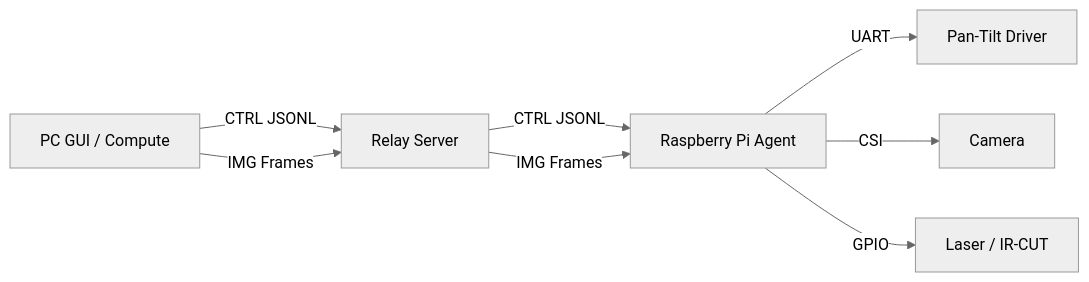
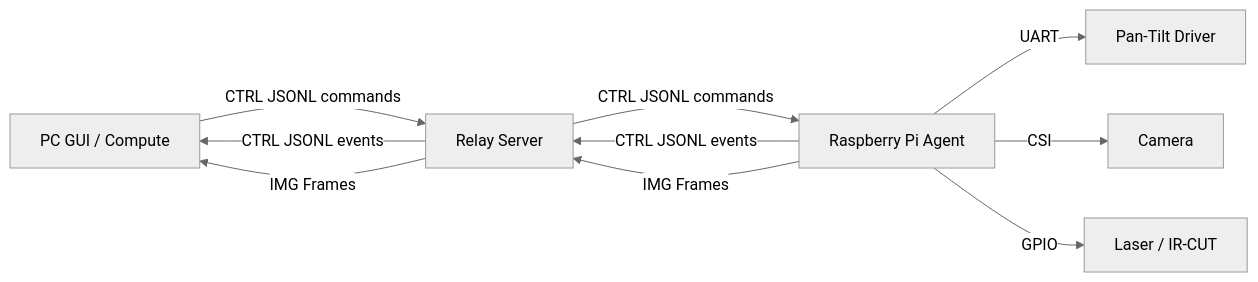
Before and after one commit to leontnhaps/DLC_system_model: the diagram in README.md, drawn with Mermaid (neutral theme). The commit also changed other lines of this file and 1 other file, not shown here.

````diff
--- a/README.md
+++ b/README.md
@@ -36,10 +36,12 @@
 ```mermaid
 graph LR
-    GUI[PC GUI / Compute] -->|CTRL JSONL| S[Relay Server]
-    GUI -->|IMG Frames| S
-    S -->|CTRL JSONL| PI[Raspberry Pi Agent]
-    S -->|IMG Frames| PI
+    GUI[PC GUI / Compute] -->|CTRL JSONL commands| S[Relay Server]
+    S -->|CTRL JSONL commands| PI[Raspberry Pi Agent]
+    PI -->|CTRL JSONL events| S
+    S -->|CTRL JSONL events| GUI
+    PI -->|IMG Frames| S
+    S -->|IMG Frames| GUI
     PI -->|UART| ESP32[Pan-Tilt Driver]
     PI -->|CSI| CAM[Camera]
     PI -->|GPIO| LASER[Laser / IR-CUT]
 ```
````
